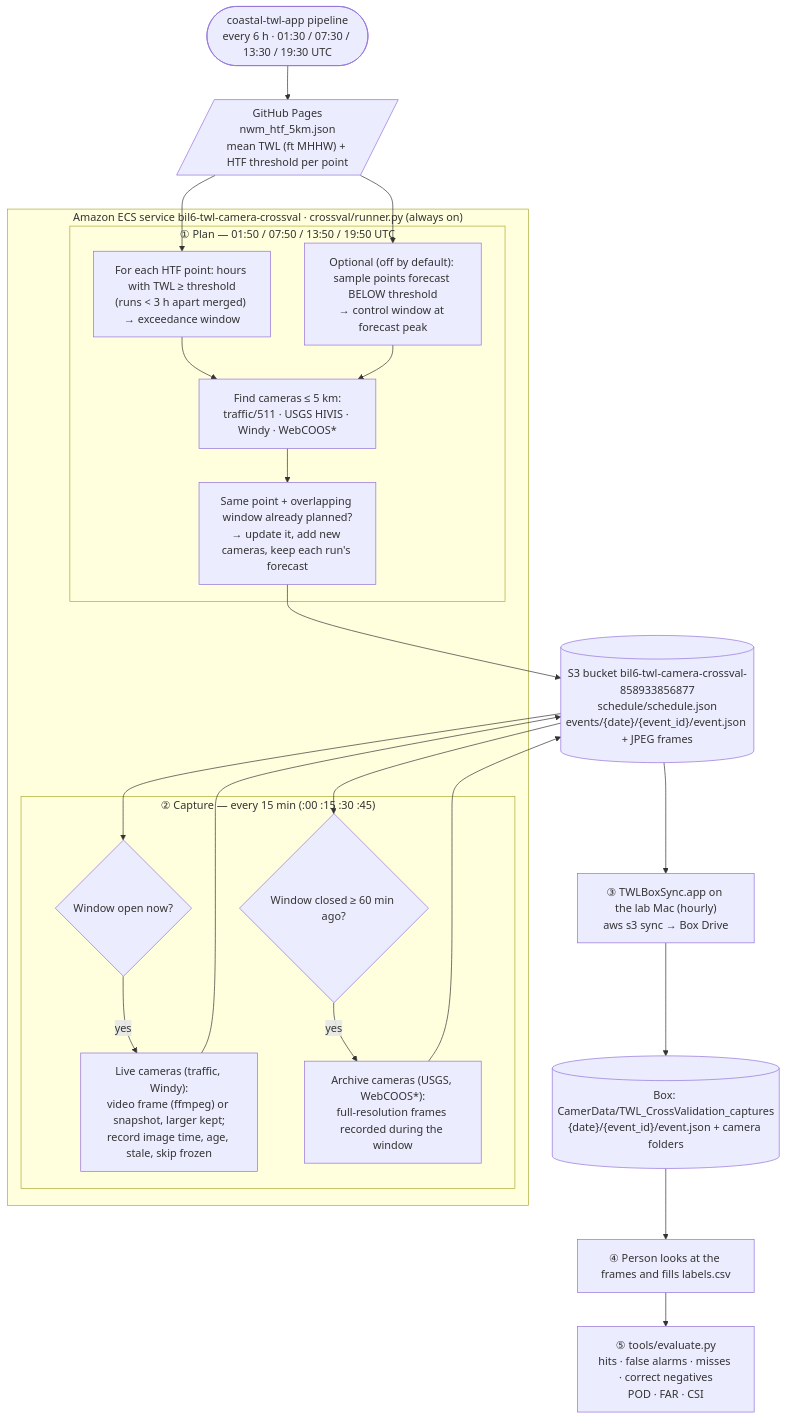
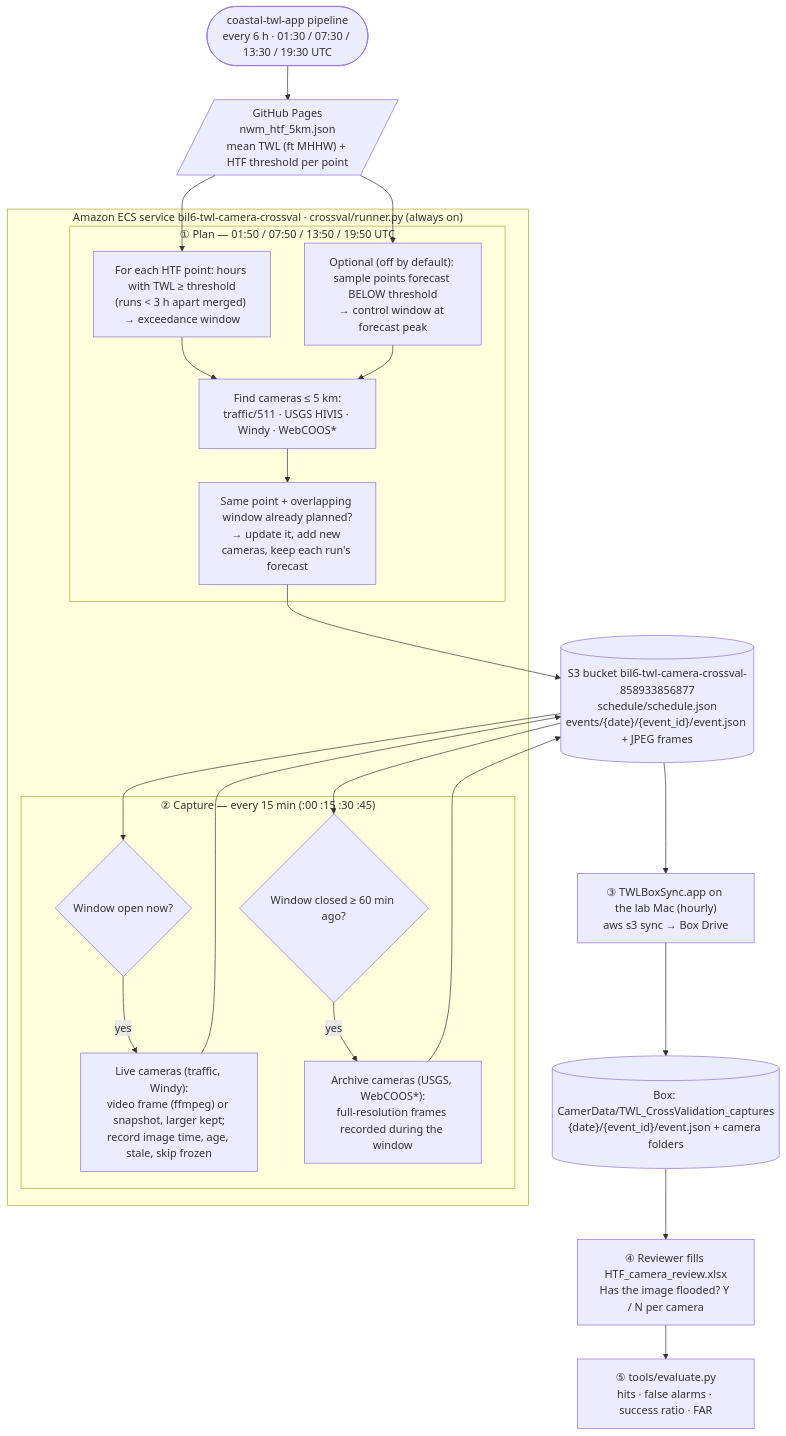
Before and after one commit to Ehsankahrizi/TWL_Camera_CrossValidation: the diagram in README.md, drawn with Mermaid. The commit also changed other lines of this file and 2 other files, not shown here.

First line of the commit message:
Use the Excel review workbook as the only labeling method

````diff
--- a/README.md
+++ b/README.md
@@ -16,36 +16,36 @@
 ```mermaid
 flowchart TD
     TWL(["coastal-twl-app pipeline<br/>every 6 h · 01:30 / 07:30 / 13:30 / 19:30 UTC"])
     TWL --> PAGES[/"GitHub Pages<br/>nwm_htf_5km.json<br/>mean TWL (ft MHHW) + HTF threshold per point"/]
 
     subgraph ECS["Amazon ECS service bil6-twl-camera-crossval · crossval/runner.py (always on)"]
         subgraph PLAN["① Plan — 01:50 / 07:50 / 13:50 / 19:50 UTC"]
             P1["For each HTF point: hours with TWL ≥ threshold<br/>(runs < 3 h apart merged) → exceedance window"]
             P2["Optional (off by default): sample points forecast BELOW threshold<br/>→ control window at forecast peak"]
             P3["Find cameras ≤ 5 km:<br/>traffic/511 · USGS HIVIS · Windy · WebCOOS*"]
             P4["Same point + overlapping window already planned?<br/>→ update it, add new cameras, keep each run's forecast"]
             P1 --> P3
             P2 --> P3 --> P4
         end
         subgraph CAP["② Capture — every 15 min (:00 :15 :30 :45)"]
             C1{"Window open now?"}
             C2["Live cameras (traffic, Windy):<br/>video frame (ffmpeg) or snapshot, larger kept;<br/>record image time, age, stale, skip frozen"]
             C3{"Window closed ≥ 60 min ago?"}
             C4["Archive cameras (USGS, WebCOOS*):<br/>full-resolution frames recorded during the window"]
             C1 -- yes --> C2
             C3 -- yes --> C4
         end
     end
     PAGES --> P1
     PAGES --> P2
     P4 --> S3[("S3 bucket bil6-twl-camera-crossval-858933856877<br/>schedule/schedule.json<br/>events/{date}/{event_id}/event.json + JPEG frames")]
     S3 --> C1
     S3 --> C3
     C2 --> S3
     C4 --> S3
 
     S3 --> SYNC["③ TWLBoxSync.app on the lab Mac (hourly)<br/>aws s3 sync → Box Drive"]
     SYNC --> BOX[("Box: CamerData/TWL_CrossValidation_captures<br/>{date}/{event_id}/event.json + camera folders")]
-    BOX --> LAB["④ Person looks at the frames and fills labels.csv"]
-    LAB --> EVAL["⑤ tools/evaluate.py<br/>hits · false alarms · misses · correct negatives<br/>POD · FAR · CSI"]
+    BOX --> LAB["④ Reviewer fills HTF_camera_review.xlsx<br/>Has the image flooded? Y / N per camera"]
+    LAB --> EVAL["⑤ tools/evaluate.py<br/>hits · false alarms · success ratio · FAR"]
 ```
````
